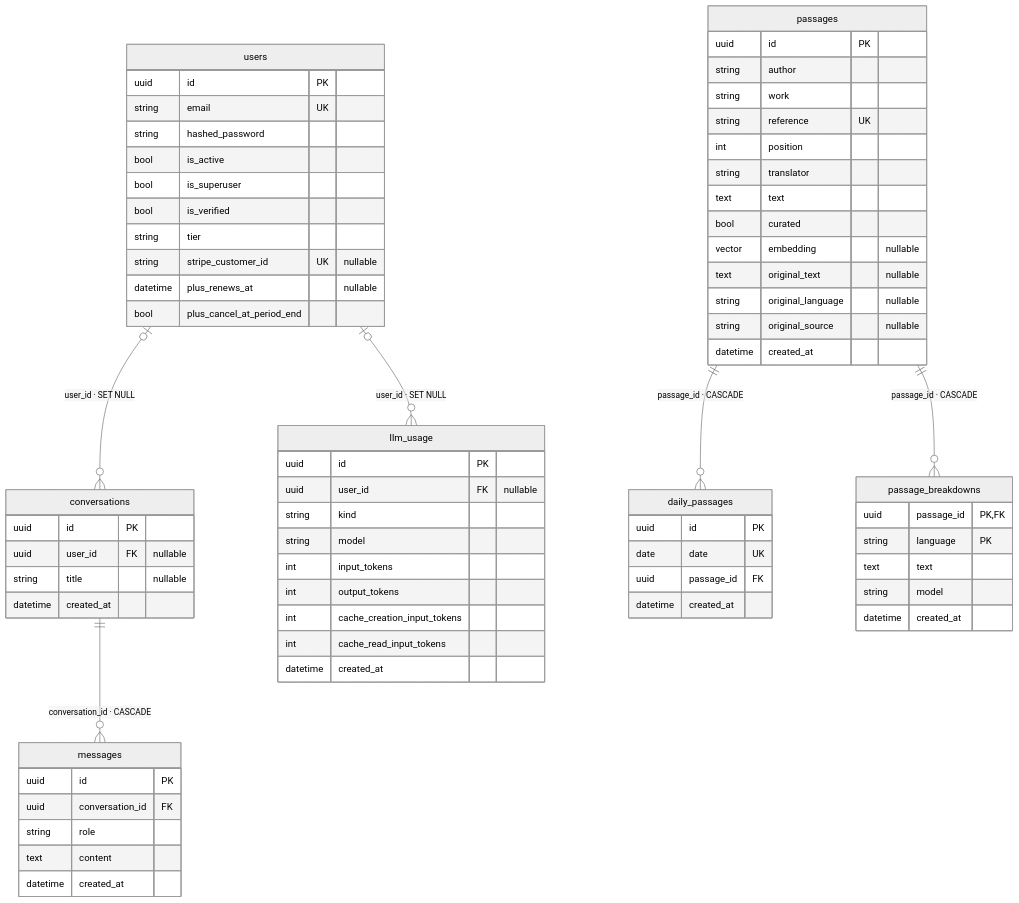
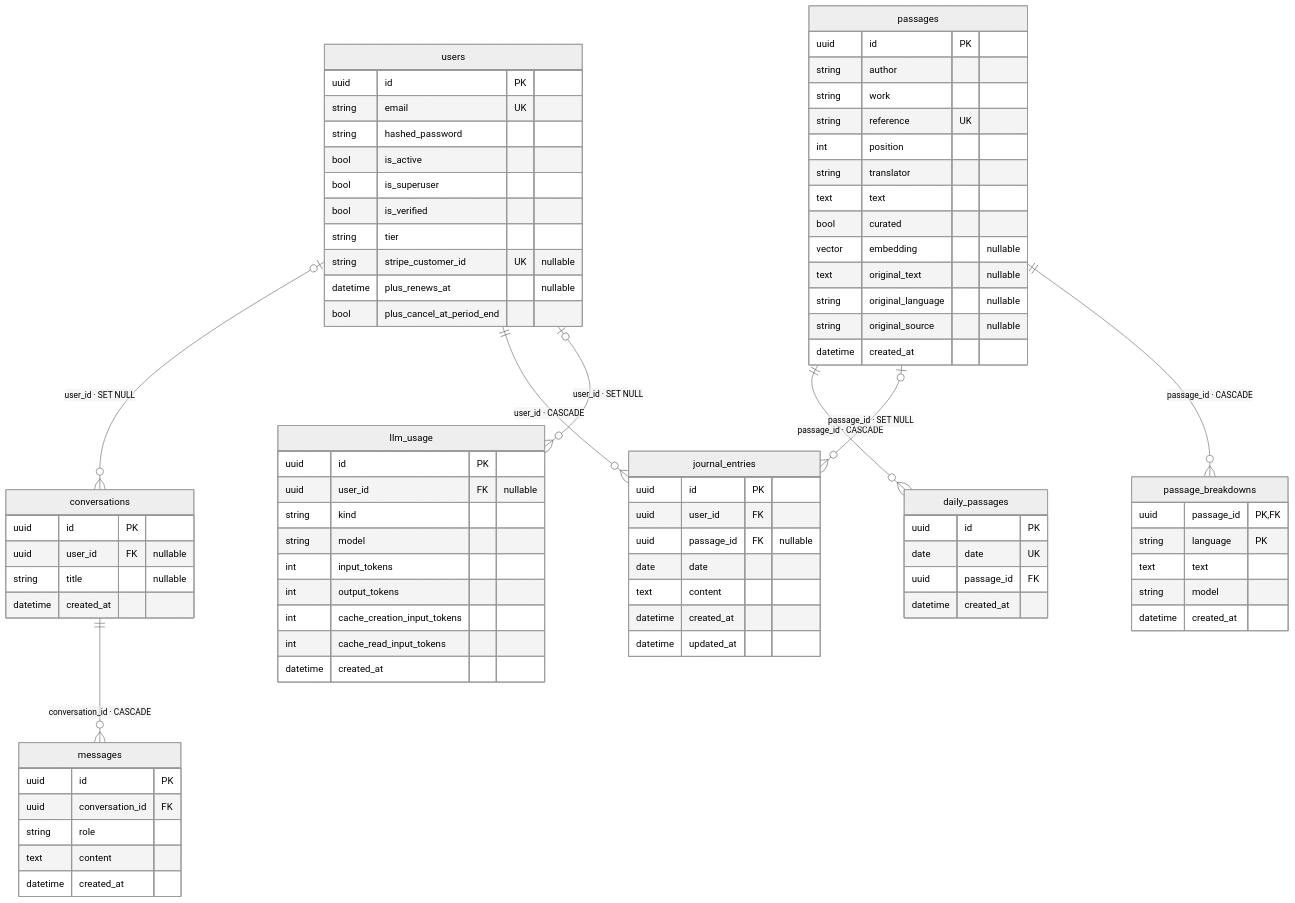
One commit to jakecotner/a-stoic-mind changed the diagram in docs/data-model.md. Above: the diagram before and after it, drawn with Mermaid (neutral theme). The commit also changed 12 other files, not shown here.

Commit message:
Journal: private entries with day stamp, CRUD API, working pad on the landing page

```diff
--- a/docs/data-model.md
+++ b/docs/data-model.md
@@ -27,6 +27,15 @@
         date date UK
         uuid passage_id FK
         datetime created_at
+    }
+    journal_entries {
+        uuid id PK
+        uuid user_id FK
+        uuid passage_id FK "nullable"
+        date date
+        text content
+        datetime created_at
+        datetime updated_at
     }
     llm_usage {
         uuid id PK
@@ -82,6 +91,8 @@
     }
     users |o--o{ conversations : "user_id · SET NULL"
     passages ||--o{ daily_passages : "passage_id · CASCADE"
+    users ||--o{ journal_entries : "user_id · CASCADE"
+    passages |o--o{ journal_entries : "passage_id · SET NULL"
     users |o--o{ llm_usage : "user_id · SET NULL"
     conversations ||--o{ messages : "conversation_id · CASCADE"
     passages ||--o{ passage_breakdowns : "passage_id · CASCADE"
```
